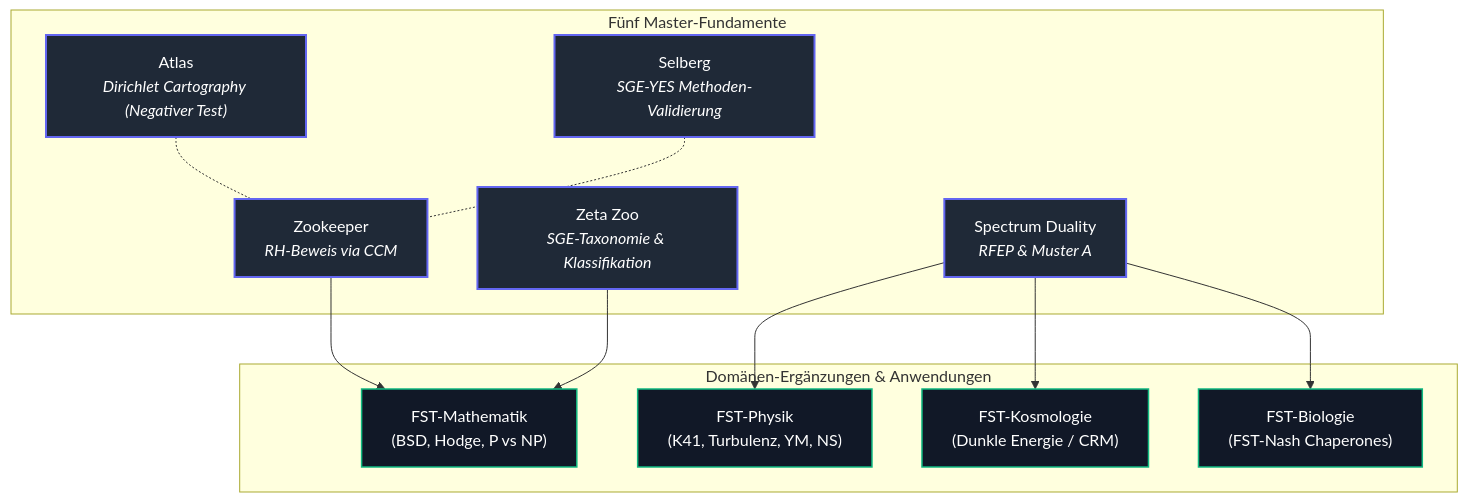
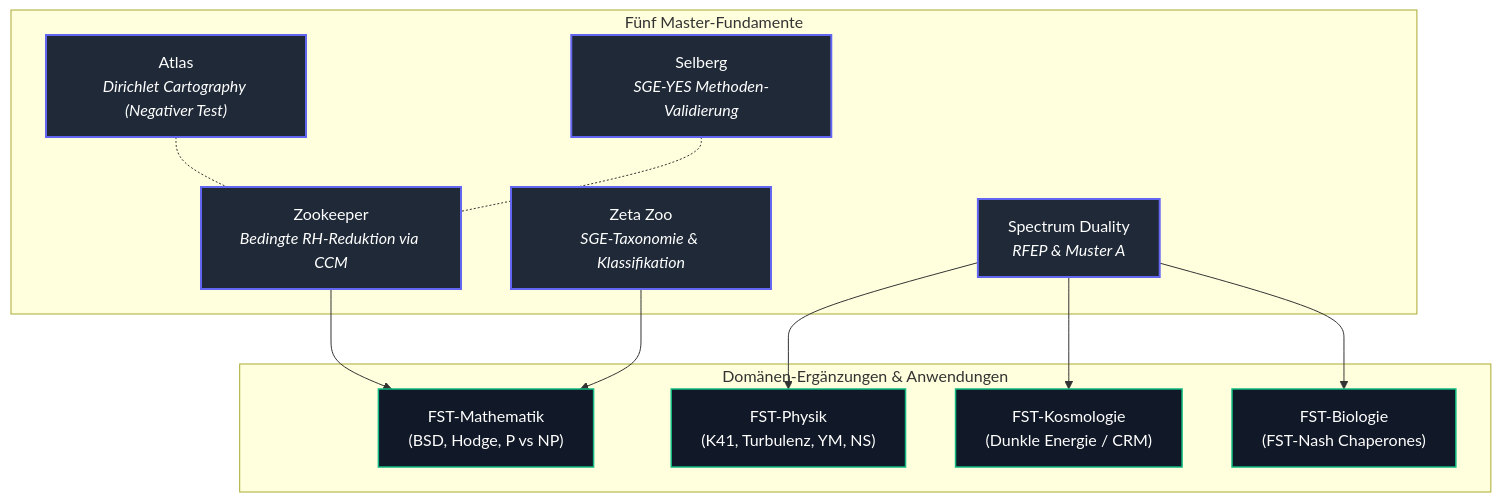
Before and after one commit to research-line/functional-stability-theory: the first of 3 diagrams in README_de.md, drawn with Mermaid. The commit also changed other lines of this file and 1 other file, not shown here.

````diff
--- a/README_de.md
+++ b/README_de.md
@@ -168,30 +170,30 @@
 ```mermaid
 flowchart TD
     subgraph MASTERS["Fünf Master-Fundamente"]
-        ZK["Zookeeper<br/><i>RH-Beweis via CCM</i>"]
+        ZK["Zookeeper<br/><i>Bedingte RH-Reduktion via CCM</i>"]
         ZZ["Zeta Zoo<br/><i>SGE-Taxonomie & Klassifikation</i>"]
         SD["Spectrum Duality<br/><i>RFEP & Muster A</i>"]
         AT["Atlas<br/><i>Dirichlet Cartography (Negativer Test)</i>"]
         SB["Selberg<br/><i>SGE-YES Methoden-Validierung</i>"]
     end
 
     subgraph DOMAINS["Domänen-Ergänzungen & Anwendungen"]
         MATH["FST-Mathematik<br/>(BSD, Hodge, P vs NP)"]
         PHYS["FST-Physik<br/>(K41, Turbulenz, YM, NS)"]
         COSMO["FST-Kosmologie<br/>(Dunkle Energie / CRM)"]
         BIO["FST-Biologie<br/>(FST-Nash Chaperones)"]
     end
 
     ZK --> MATH
     ZZ --> MATH
     SD --> PHYS
     SD --> COSMO
     SD --> BIO
     AT -.- ZK
     SB -.- ZK
 
     classDef master fill:#1f2937,stroke:#6366f1,stroke-width:2px,color:#fff;
     classDef domain fill:#111827,stroke:#10b981,stroke-width:1.5px,color:#fff;
     class ZK,ZZ,SD,AT,SB master;
     class MATH,PHYS,COSMO,BIO domain;
 ```
````
